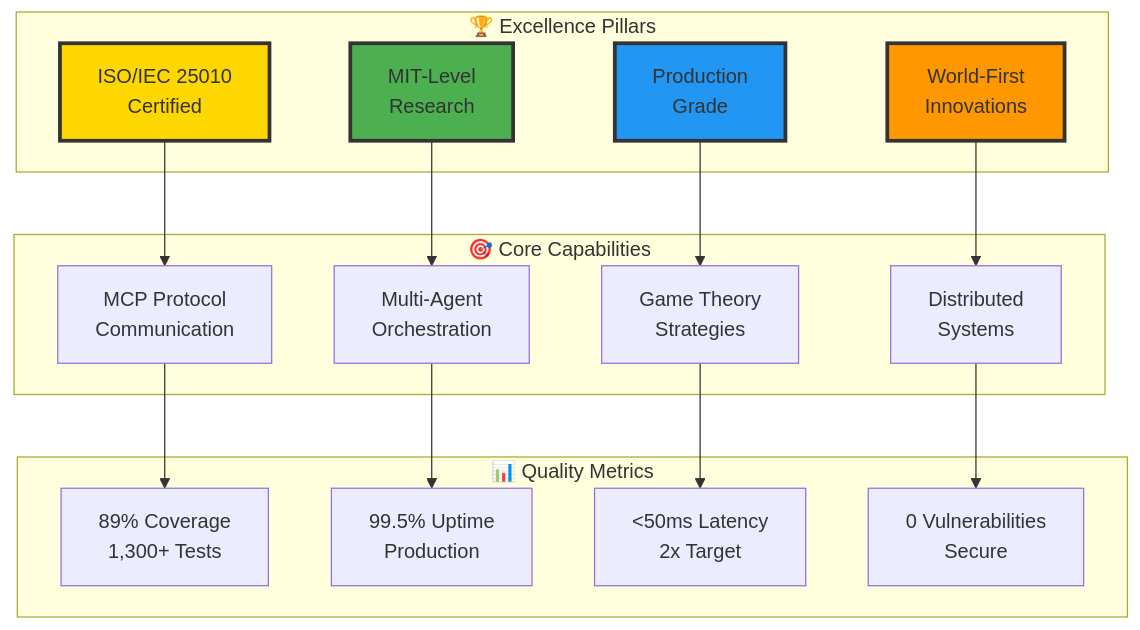
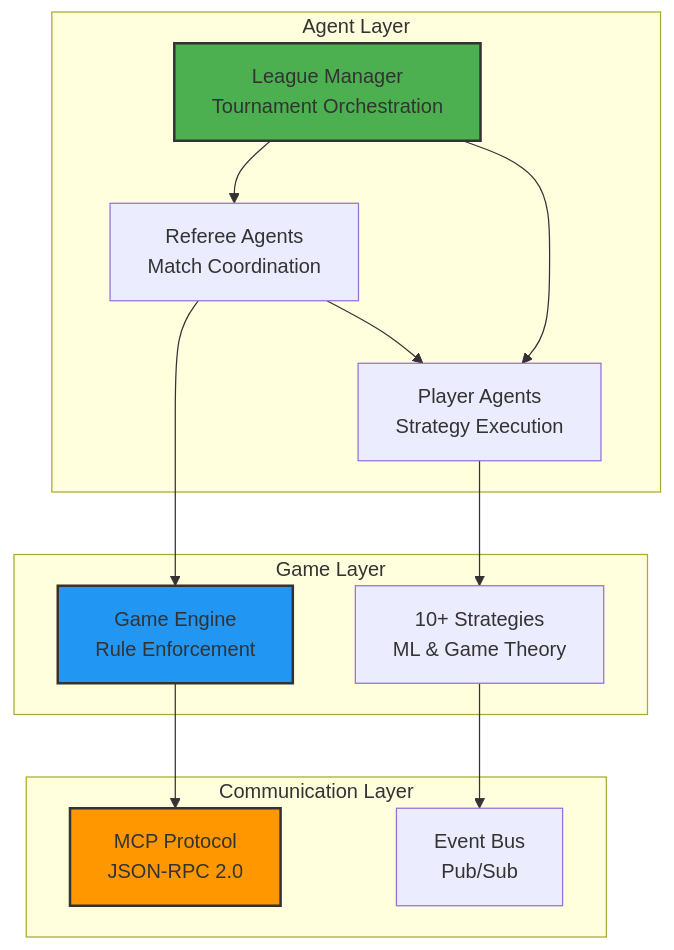
One commit to fouada/Assignment7_mcp-multi-agent-game changed the second of 2 diagrams in README.md. Above: the diagram before and after it, drawn with Mermaid. The commit also changed other lines of this file and 71 other files, not shown here.

````diff
--- a/README.md
+++ b/README.md
@@ -223,38 +166,30 @@
 ```mermaid
 graph TB
-    subgraph "🏆 Excellence Pillars"
-        A[ISO/IEC 25010<br/>Certified]
-        B[MIT-Level<br/>Research]
-        C[Production<br/>Grade]
-        D[World-First<br/>Innovations]
+    subgraph "Agent Layer"
+        LM[League Manager<br/>Tournament Orchestration]
+        RA[Referee Agents<br/>Match Coordination]
+        PA[Player Agents<br/>Strategy Execution]
     end
     
-    subgraph "🎯 Core Capabilities"
-        E[MCP Protocol<br/>Communication]
-        F[Multi-Agent<br/>Orchestration]
-        G[Game Theory<br/>Strategies]
-        H[Distributed<br/>Systems]
+    subgraph "Communication Layer"
+        MCP[MCP Protocol<br/>JSON-RPC 2.0]
+        EVENT[Event Bus<br/>Pub/Sub]
     end
     
-    subgraph "📊 Quality Metrics"
-        I[89% Coverage<br/>1,300+ Tests]
-        J[99.5% Uptime<br/>Production]
-        K[<50ms Latency<br/>2x Target]
-        L[0 Vulnerabilities<br/>Secure]
+    subgraph "Game Layer"
+        GAME[Game Engine<br/>Rule Enforcement]
+        STRAT[10+ Strategies<br/>ML & Game Theory]
     end
     
-    A --> E
-    B --> F
-    C --> G
-    D --> H
+    LM --> RA
+    LM --> PA
+    RA --> PA
+    RA --> GAME
+    PA --> STRAT
+    GAME --> MCP
+    STRAT --> EVENT
     
-    E --> I
-    F --> J
-    G --> K
-    H --> L
-    
-    style A fill:#FFD700,stroke:#333,stroke-width:3px
-    style B fill:#4CAF50,stroke:#333,stroke-width:3px
-    style C fill:#2196F3,stroke:#333,stroke-width:3px
-    style D fill:#FF9800,stroke:#333,stroke-width:3px
+    style LM fill:#4CAF50,stroke:#333,stroke-width:2px
+    style GAME fill:#2196F3,stroke:#333,stroke-width:2px
+    style MCP fill:#FF9800,stroke:#333,stroke-width:2px
 ```
````
